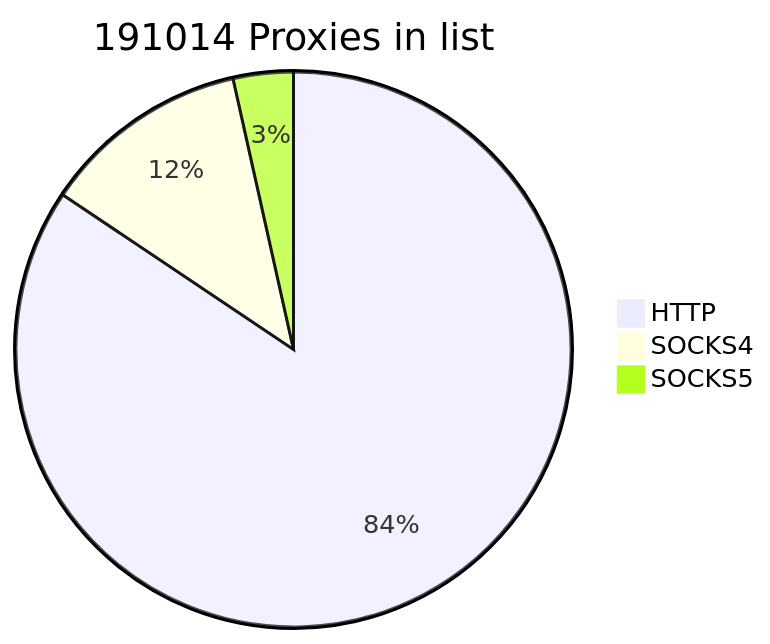
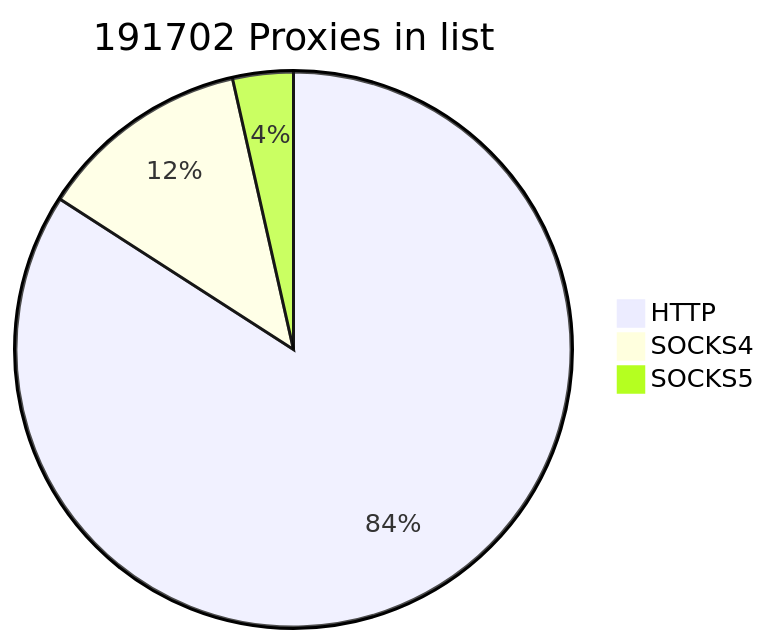
The first of 2 diagrams in README.md (cutipu/proxylist), drawn with Mermaid before and after one commit. The commit also changed other lines of this file, not shown here.

````diff
--- a/README.md
+++ b/README.md
@@ -2,7 +2,7 @@
 ```mermaid
-pie title 191014 Proxies in list
-    "HTTP" : 161220
-    "SOCKS4" : 23117
-    "SOCKS5" : 6677
+pie title 191702 Proxies in list
+    "HTTP" : 161240
+    "SOCKS4" : 23705
+    "SOCKS5" : 6757
             
 ```
````
